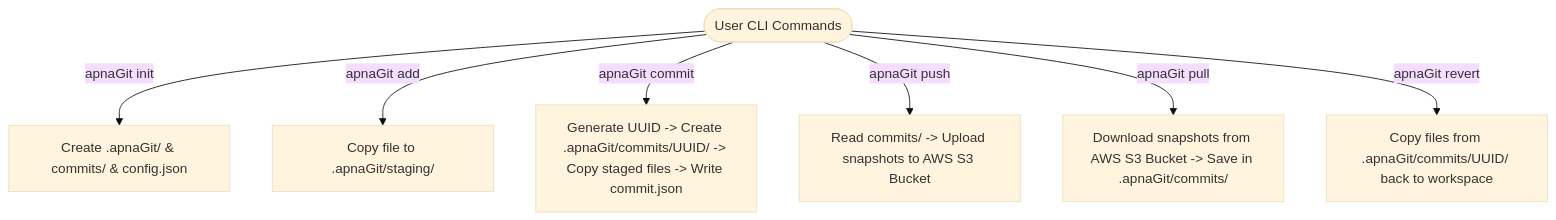
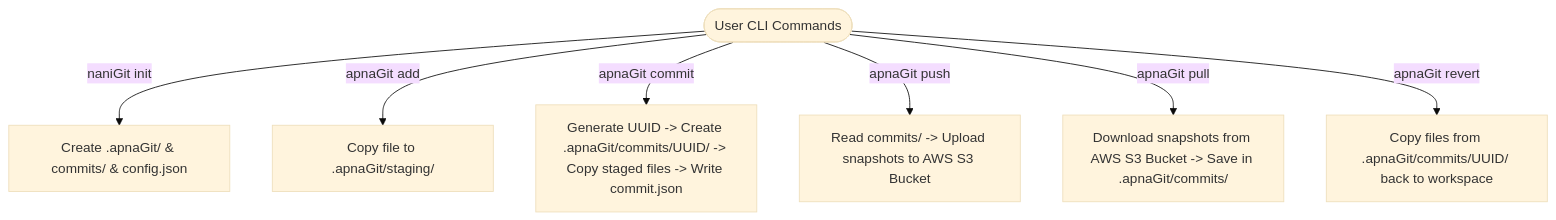
Before and after one commit to Nanitech-1/version-control-system: the first of 2 diagrams in README.md, drawn with Mermaid (base theme). The commit also changed other lines of this file, not shown here.

````diff
--- a/README.md
+++ b/README.md
@@ -15,9 +15,9 @@
 ```mermaid
 flowchart TD
-    User([User CLI Commands]) -->|apnaGit init| Init[Create .apnaGit/ & commits/ & config.json]
+    User([User CLI Commands]) -->|naniGit init| Init[Create .apnaGit/ & commits/ & config.json]
     User -->|apnaGit add <file>| Add[Copy file to .apnaGit/staging/]
     User -->|apnaGit commit <msg>| Commit[Generate UUID -> Create .apnaGit/commits/UUID/ -> Copy staged files -> Write commit.json]
     User -->|apnaGit push| Push[Read commits/ -> Upload snapshots to AWS S3 Bucket]
     User -->|apnaGit pull| Pull[Download snapshots from AWS S3 Bucket -> Save in .apnaGit/commits/]
     User -->|apnaGit revert <UUID>| Revert[Copy files from .apnaGit/commits/UUID/ back to workspace]
 ```
````
